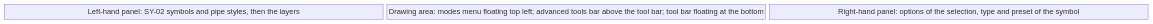
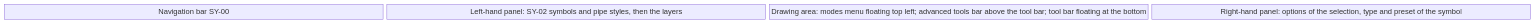
One commit to AlexandreGallais/synoptic-studio-spec changed the fourth of 13 diagrams in screens/symbols.md. Above: the diagram before and after it, drawn with Mermaid. The commit also changed other lines of this file and 20 other files, not shown here.

````diff
--- a/screens/symbols.md
+++ b/screens/symbols.md
@@ -97,5 +114,6 @@
 ```mermaid
 block-beta
-    columns 3
+    columns 4
+    rail["Navigation bar SY-00"]
     left["Left-hand panel: SY-02 symbols and pipe styles, then the layers"] canvas["Drawing area: modes menu floating top left; advanced tools bar above the tool bar; tool bar floating at the bottom"] panel["Right-hand panel: options of the selection, type and preset of the symbol"]
 ```
````
